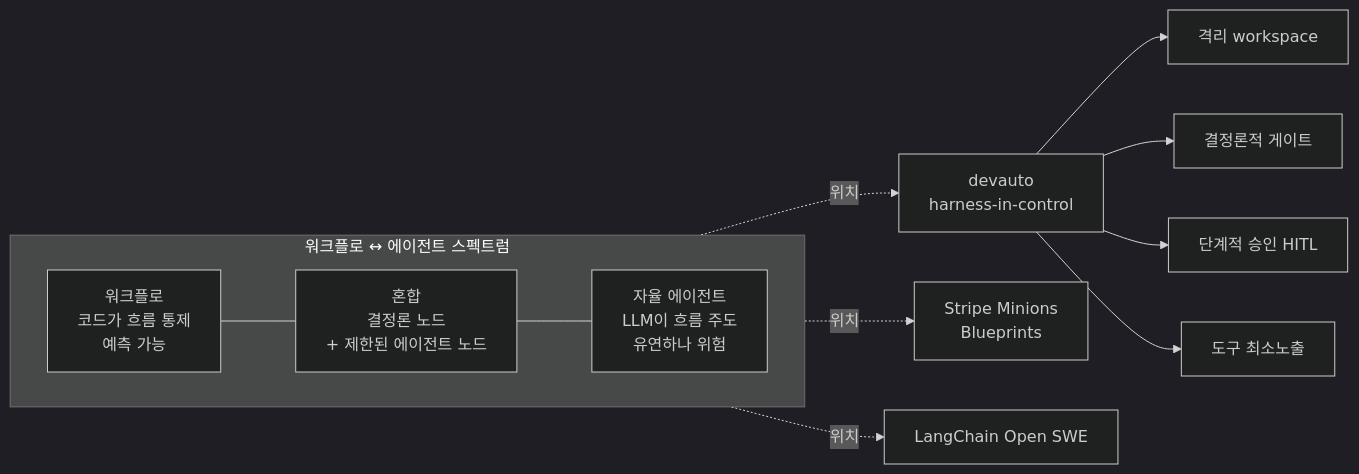
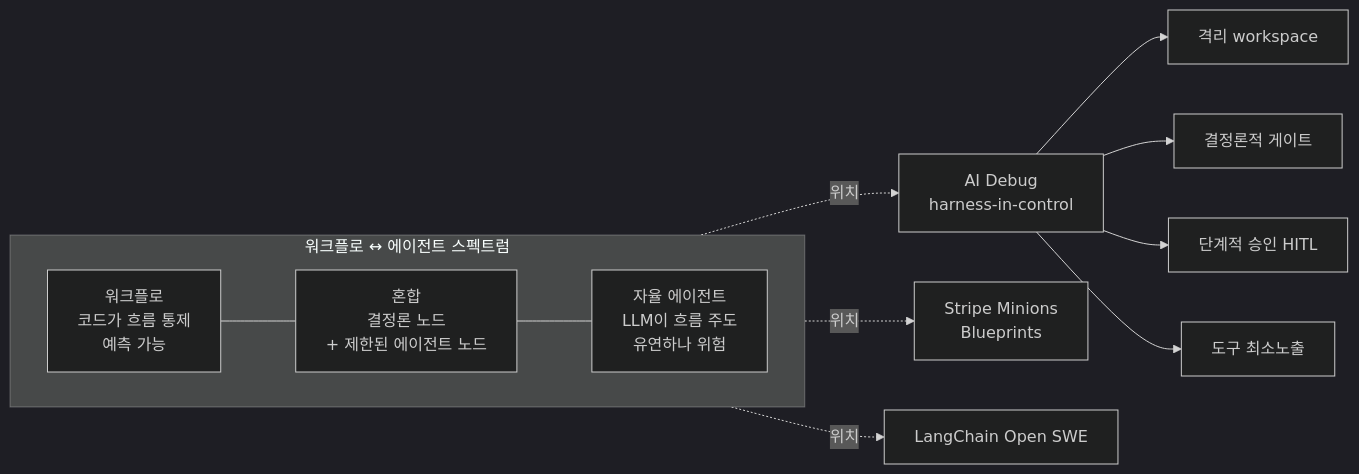
Before and after one commit to ttalkkag/ai-qa: the diagram in docs/research/02-agentic-coding-architecture.md, drawn with Mermaid (dark theme). The commit also changed other lines of this file and 12 other files, not shown here.

First line of the commit message:
docs: devauto 프로토타입 기준을 제거하고 AI Debug 문서로 재정렬

````diff
--- a/docs/research/02-agentic-coding-architecture.md
+++ b/docs/research/02-agentic-coding-architecture.md
@@ -5,19 +5,19 @@
 ```mermaid
 flowchart LR
     subgraph SPECTRUM["워크플로 ↔ 에이전트 스펙트럼"]
         direction LR
         W["워크플로<br/>코드가 흐름 통제<br/>예측 가능"]
         H["혼합<br/>결정론 노드<br/>+ 제한된 에이전트 노드"]
         AG["자율 에이전트<br/>LLM이 흐름 주도<br/>유연하나 위험"]
         W --- H --- AG
     end
 
-    H -.위치.-> DEV["devauto<br/>harness-in-control"]
+    H -.위치.-> DEV["AI Debug<br/>harness-in-control"]
     H -.위치.-> STR["Stripe Minions<br/>Blueprints"]
     AG -.위치.-> OSWE["LangChain Open SWE"]
 
     DEV --> G1["격리 workspace"]
     DEV --> G2["결정론적 게이트"]
     DEV --> G3["단계적 승인 HITL"]
     DEV --> G4["도구 최소노출"]
 ```
````
